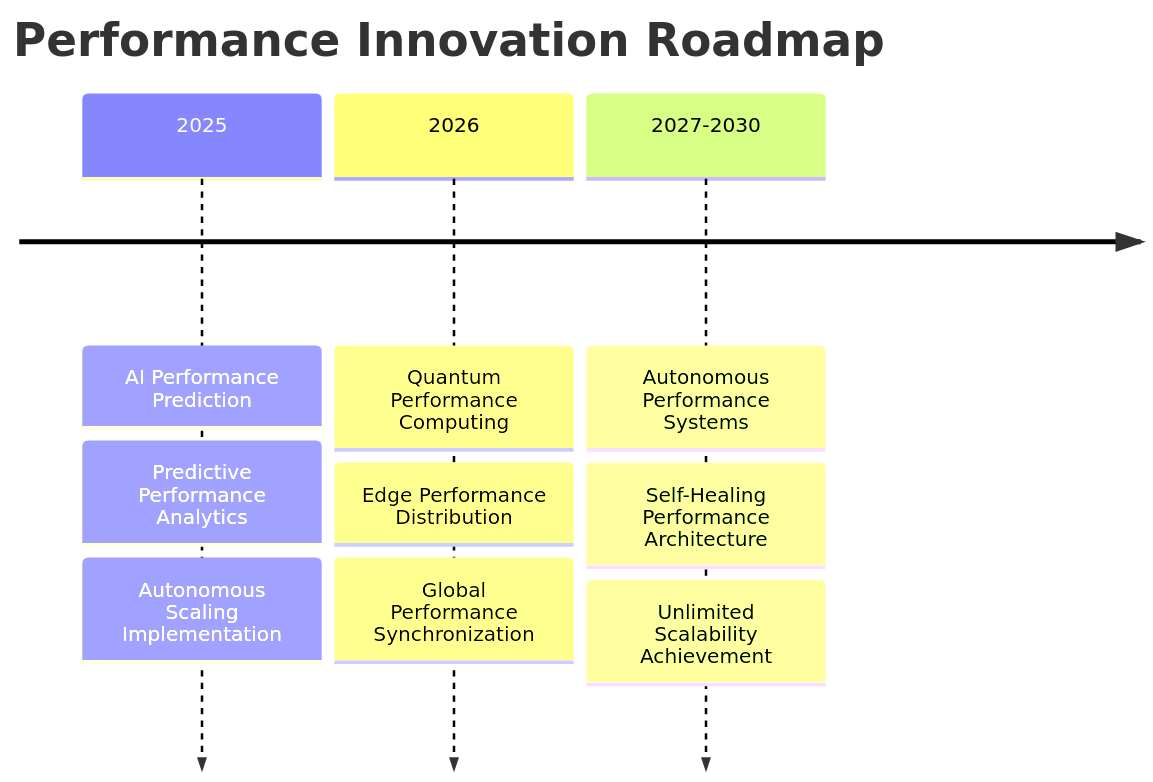
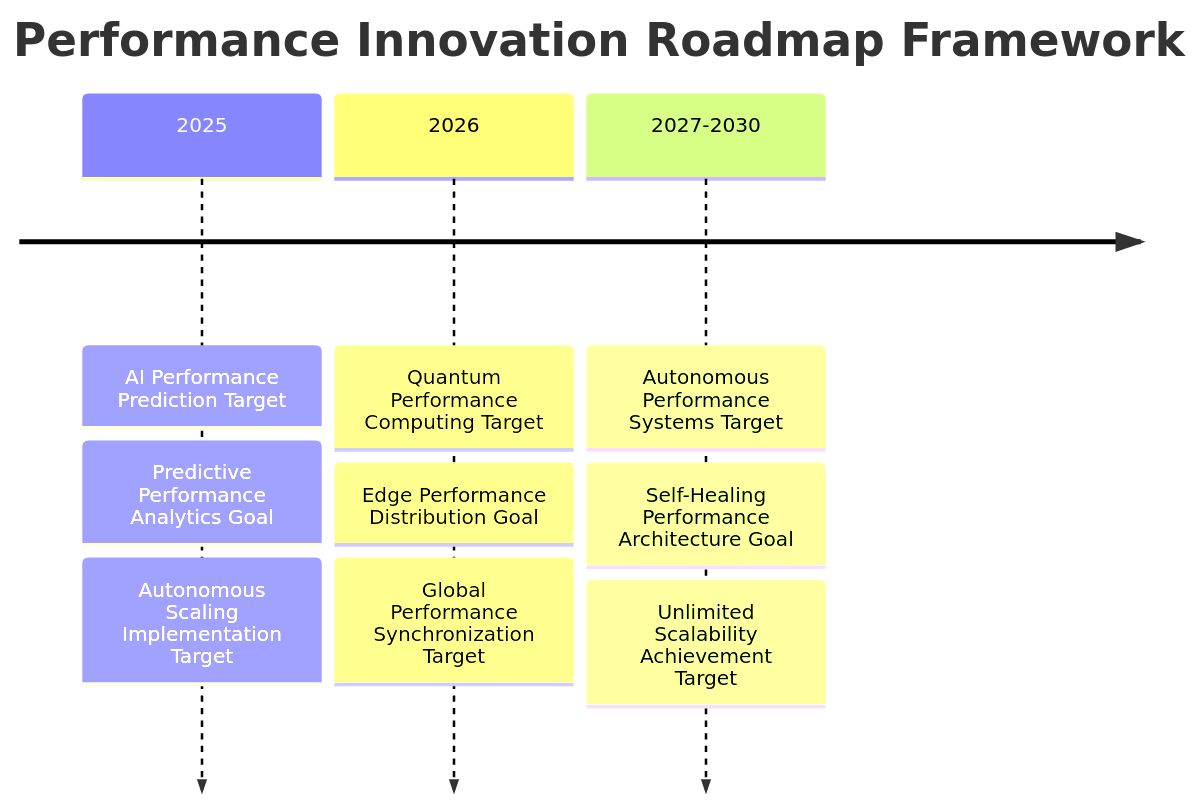
One commit to mydr24/book changed the fourth of 4 diagrams in chapters/10-performance-optimization.md. Above: the diagram before and after it, drawn with Mermaid. The commit also changed other lines of this file and 15 other files, not shown here.

````diff
--- a/chapters/10-performance-optimization.md
+++ b/chapters/10-performance-optimization.md
@@ -446,16 +448,16 @@
 ```mermaid
 timeline
-    title Performance Innovation Roadmap
+    title Performance Innovation Roadmap Framework
     
-    2025 : AI Performance Prediction
-         : Predictive Performance Analytics
-         : Autonomous Scaling Implementation
+    2025 : AI Performance Prediction Target
+         : Predictive Performance Analytics Goal
+         : Autonomous Scaling Implementation Target
     
-    2026 : Quantum Performance Computing
-         : Edge Performance Distribution
-         : Global Performance Synchronization
+    2026 : Quantum Performance Computing Target
+         : Edge Performance Distribution Goal
+         : Global Performance Synchronization Target
     
-    2027-2030 : Autonomous Performance Systems
-            : Self-Healing Performance Architecture
-            : Unlimited Scalability Achievement
+    2027-2030 : Autonomous Performance Systems Target
+            : Self-Healing Performance Architecture Goal
+            : Unlimited Scalability Achievement Target
 ```
````
